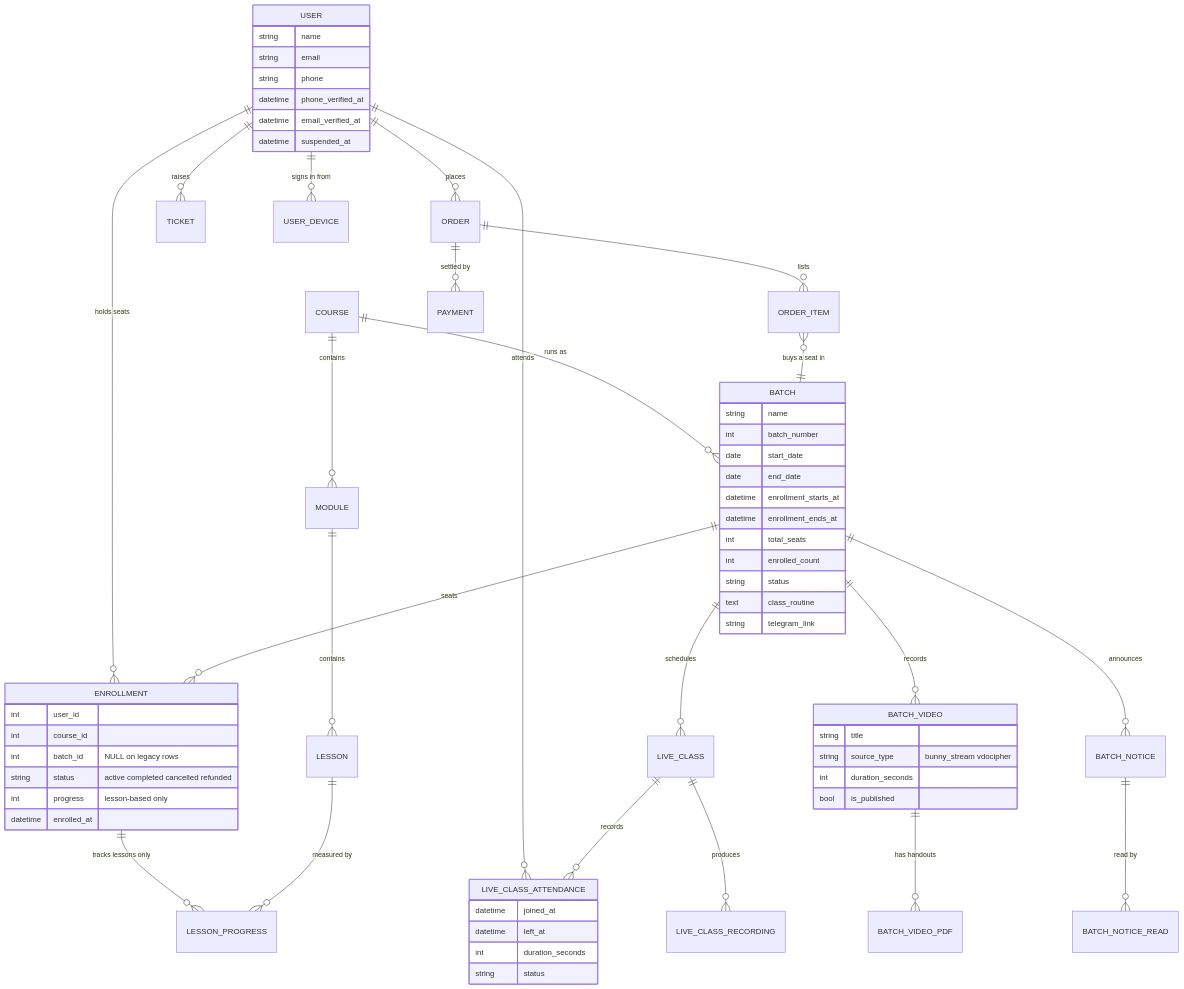
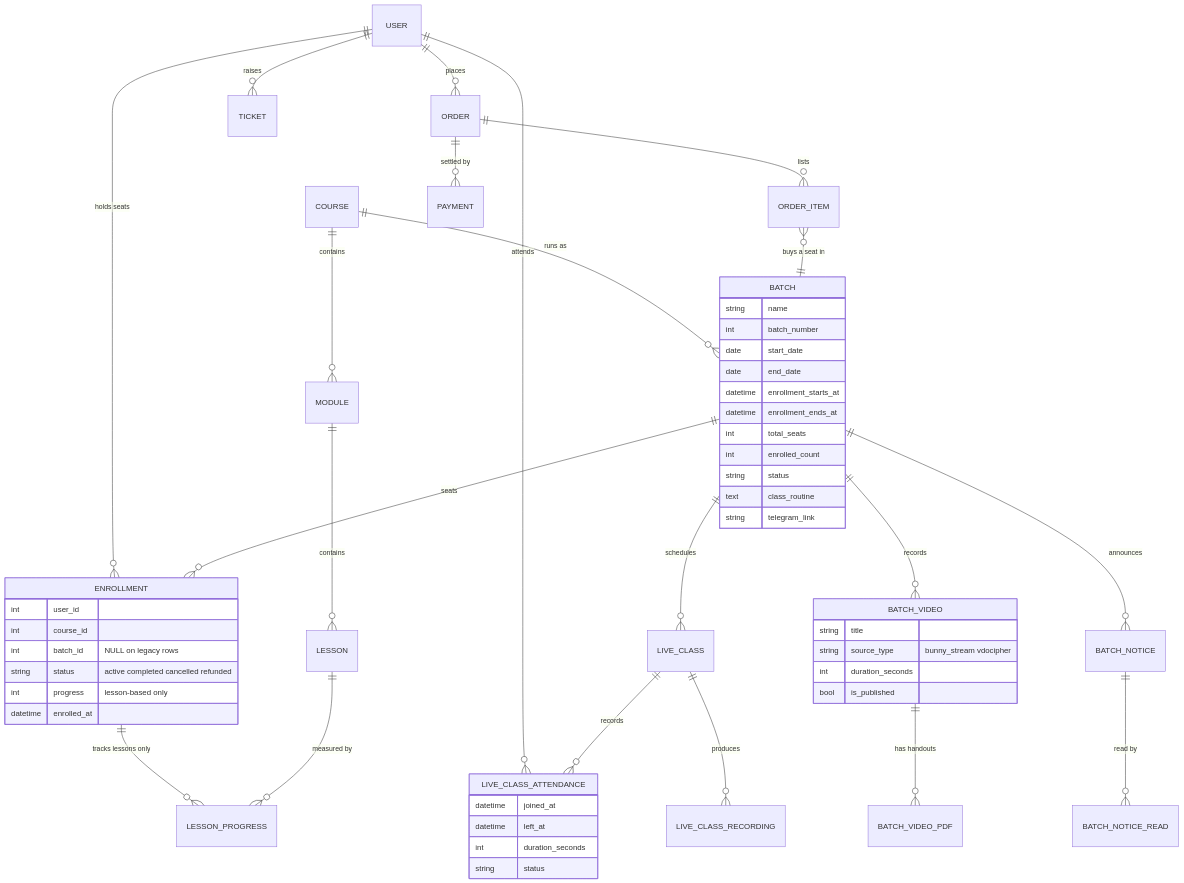
One commit to tdottahmed/tradingchart-planing changed the fourth of 7 diagrams in STUDENT_UX_ENHANCEMENT_PLAN.md. Above: the diagram before and after it, drawn with Mermaid. The commit also changed other lines of this file and 1 other file, not shown here.

````diff
--- a/STUDENT_UX_ENHANCEMENT_PLAN.md
+++ b/STUDENT_UX_ENHANCEMENT_PLAN.md
@@ -468,72 +435,63 @@
 ```mermaid
 erDiagram
     USER ||--o{ ENROLLMENT : "holds seats"
     USER ||--o{ ORDER : "places"
     USER ||--o{ TICKET : "raises"
     USER ||--o{ LIVE_CLASS_ATTENDANCE : "attends"
-    USER ||--o{ USER_DEVICE : "signs in from"
 
     COURSE ||--o{ BATCH : "runs as"
     COURSE ||--o{ MODULE : "contains"
     MODULE ||--o{ LESSON : "contains"
 
     BATCH ||--o{ ENROLLMENT : "seats"
     BATCH ||--o{ LIVE_CLASS : "schedules"
     BATCH ||--o{ BATCH_VIDEO : "records"
     BATCH ||--o{ BATCH_NOTICE : "announces"
 
     BATCH_VIDEO ||--o{ BATCH_VIDEO_PDF : "has handouts"
     BATCH_NOTICE ||--o{ BATCH_NOTICE_READ : "read by"
 
     LIVE_CLASS ||--o{ LIVE_CLASS_ATTENDANCE : "records"
     LIVE_CLASS ||--o{ LIVE_CLASS_RECORDING : "produces"
 
     ENROLLMENT ||--o{ LESSON_PROGRESS : "tracks lessons only"
     LESSON ||--o{ LESSON_PROGRESS : "measured by"
 
     ORDER ||--o{ ORDER_ITEM : "lists"
     ORDER ||--o{ PAYMENT : "settled by"
     ORDER_ITEM }o--|| BATCH : "buys a seat in"
 
-    USER {
-        string name
-        string email
-        string phone
-        datetime phone_verified_at
-        datetime email_verified_at
-        datetime suspended_at
-    }
     BATCH {
         string name
         int batch_number
         date start_date
         date end_date
         datetime enrollment_starts_at
         datetime enrollment_ends_at
         int total_seats
         int enrolled_count
         string status
         text class_routine
         string telegram_link
     }
     ENROLLMENT {
         int user_id
         int course_id
         int batch_id "NULL on legacy rows"
         string status "active completed cancelled refunded"
         int progress "lesson-based only"
         datetime enrolled_at
     }
     BATCH_VIDEO {
         string title
         string source_type "bunny_stream vdocipher"
         int duration_seconds
         bool is_published
     }
     LIVE_CLASS_ATTENDANCE {
         datetime joined_at
         datetime left_at
         int duration_seconds
         string status
     }
 ```
````
